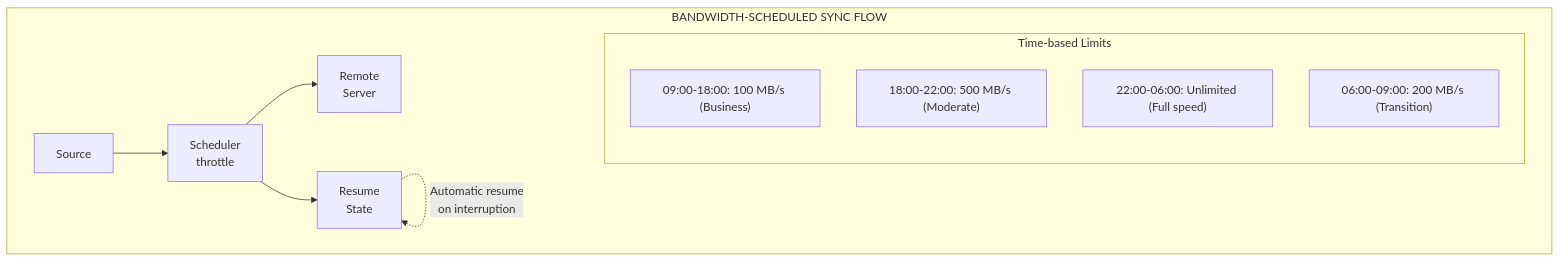
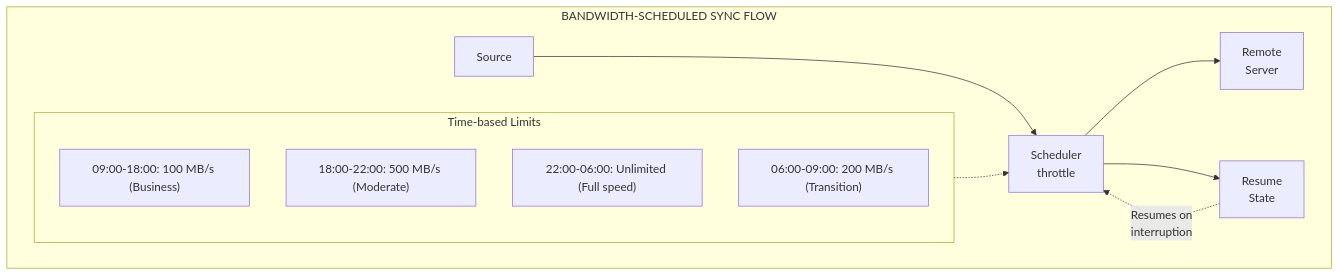
Before and after one commit to gustcol/smartcopy: the fourth of 9 diagrams in README.md, drawn with Mermaid. The commit also changed other lines of this file, not shown here.

````diff
--- a/README.md
+++ b/README.md
@@ -296,15 +295,16 @@
 ```mermaid
 flowchart TD
     subgraph SCHEDULED_SYNC["BANDWIDTH-SCHEDULED SYNC FLOW"]
         subgraph Schedule["Time-based Limits"]
             S1["09:00-18:00: 100 MB/s (Business)"]
             S2["18:00-22:00: 500 MB/s (Moderate)"]
             S3["22:00-06:00: Unlimited (Full speed)"]
             S4["06:00-09:00: 200 MB/s (Transition)"]
         end
         A[Source] --> B[Scheduler<br>throttle]
+        Schedule -.-> B
         B --> C[Remote<br>Server]
         B --> D[Resume<br>State]
-        D -.-> |Automatic resume<br>on interruption| D
+        D -.-> |Resumes on<br>interruption| B
     end
 ```
````
